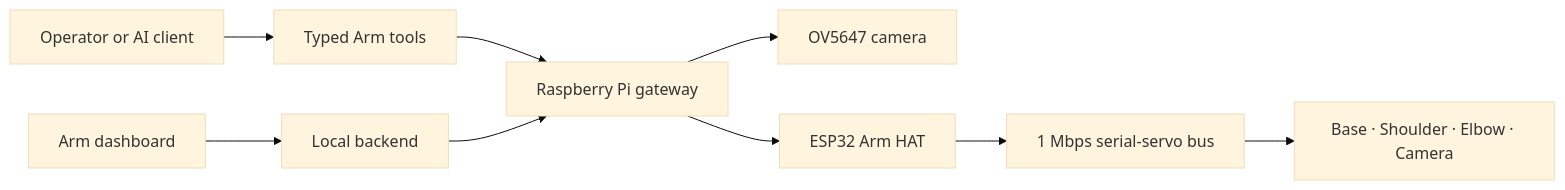
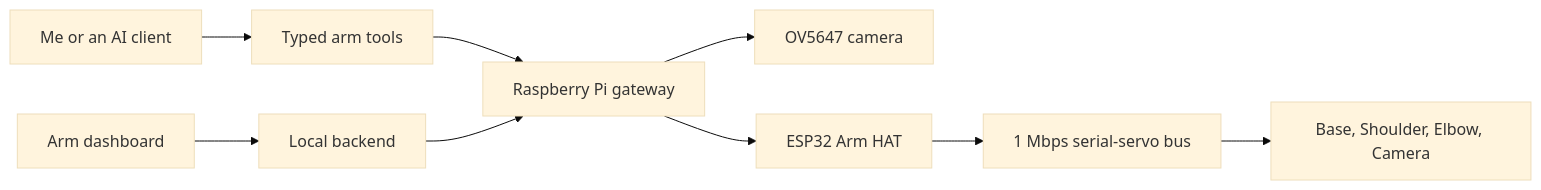
The diagram in README.md (over-TT/co-arm), drawn with Mermaid (base theme) before and after one commit. The commit also changed other lines of this file, not shown here.

````diff
--- a/README.md
+++ b/README.md
@@ -32,11 +38,11 @@
 ```mermaid
 flowchart LR
-    Operator["Operator or AI client"] --> MCP["Typed Arm tools"]
+    Operator["Me or an AI client"] --> MCP["Typed arm tools"]
     Dashboard["Arm dashboard"] --> Backend["Local backend"]
     MCP --> Pi["Raspberry Pi gateway"]
     Backend --> Pi
     Pi --> Camera["OV5647 camera"]
     Pi --> HAT["ESP32 Arm HAT"]
     HAT --> Bus["1 Mbps serial-servo bus"]
-    Bus --> Joints["Base · Shoulder · Elbow · Camera"]
+    Bus --> Joints["Base, Shoulder, Elbow, Camera"]
 ```
````
